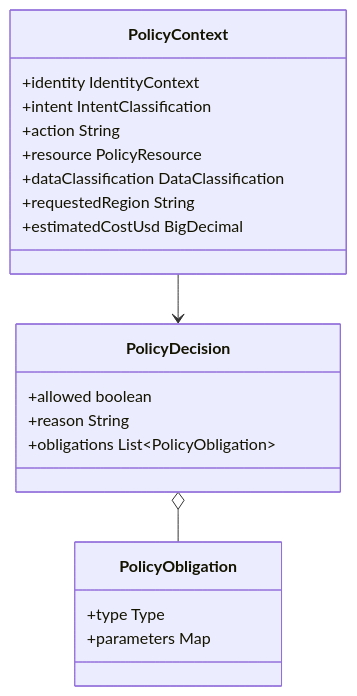
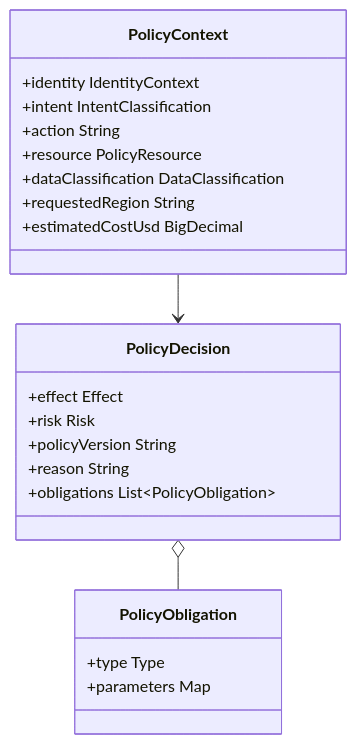
The fourth of 8 diagrams in docs/LLD.md (imvaibhavm/ai-iam-gateway), drawn with Mermaid before and after one commit. The commit also changed other lines of this file and 5 other files, not shown here.

````diff
--- a/docs/LLD.md
+++ b/docs/LLD.md
@@ -200,23 +200,25 @@
 ```mermaid
 classDiagram
     class PolicyContext {
       +identity IdentityContext
       +intent IntentClassification
       +action String
       +resource PolicyResource
       +dataClassification DataClassification
       +requestedRegion String
       +estimatedCostUsd BigDecimal
     }
     class PolicyDecision {
-      +allowed boolean
+      +effect Effect
+      +risk Risk
+      +policyVersion String
       +reason String
       +obligations List~PolicyObligation~
     }
     class PolicyObligation {
       +type Type
       +parameters Map
     }
     PolicyContext --> PolicyDecision
     PolicyDecision o-- PolicyObligation
 ```
````
